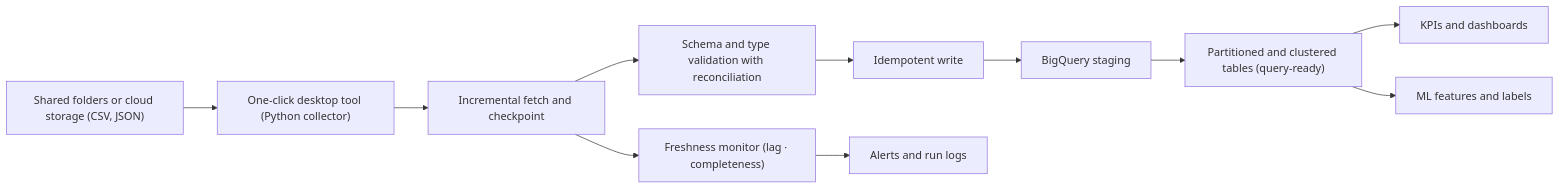
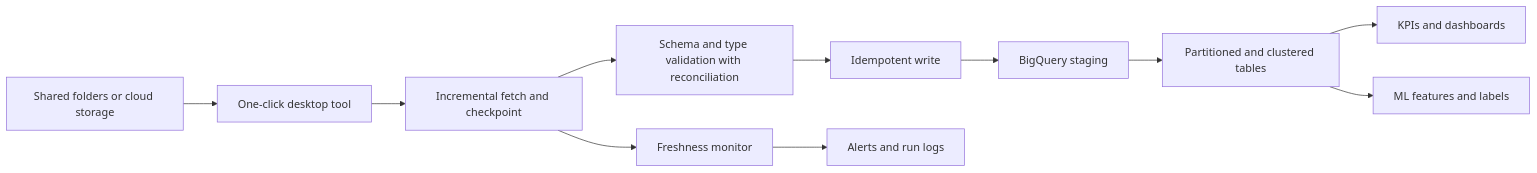
One commit to LuDanielPoyu/McKinsey-Data-Scientist changed the fifth of 6 diagrams in README.md. Above: the diagram before and after it, drawn with Mermaid. The commit also changed other lines of this file, not shown here.

````diff
--- a/README.md
+++ b/README.md
@@ -215,15 +215,15 @@
 ```mermaid
 flowchart LR
-  S["Shared folders or cloud storage (CSV, JSON)"] --> T["One-click desktop tool (Python collector)"]
+  S["Shared folders or cloud storage"] --> T["One-click desktop tool"]
   T --> F["Incremental fetch and checkpoint"]
   F --> V["Schema and type validation with reconciliation"]
   V --> W["Idempotent write"]
   W --> BQ["BigQuery staging"]
-  BQ --> P["Partitioned and clustered tables (query-ready)"]
+  BQ --> P["Partitioned and clustered tables"]
   P --> K["KPIs and dashboards"]
   P --> M["ML features and labels"]
 
   %% Observability
-  F --> O["Freshness monitor (lag · completeness)"]
+  F --> O["Freshness monitor"]
   O --> A["Alerts and run logs"]
 ```
````
